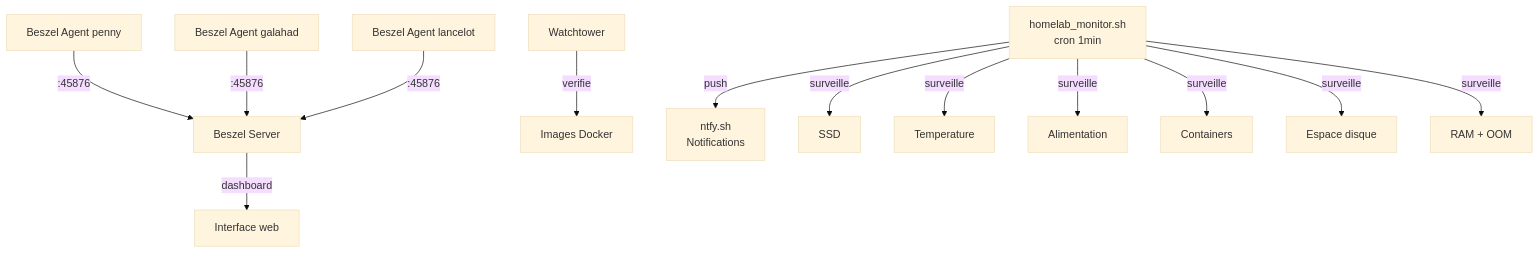
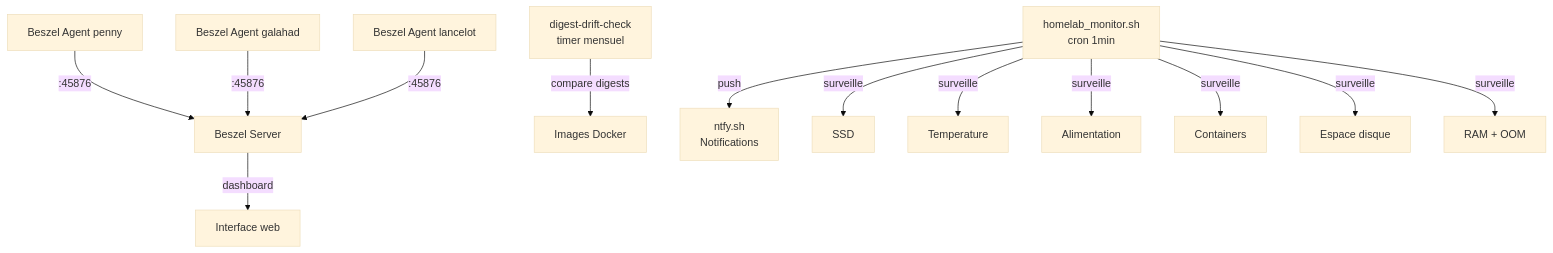
One commit to GabinSMD/homelab-doc changed the diagram in docs/operations/monitoring.md. Above: the diagram before and after it, drawn with Mermaid (base theme). The commit also changed other lines of this file and 13 other files, not shown here.

````diff
--- a/docs/operations/monitoring.md
+++ b/docs/operations/monitoring.md
@@ -5,17 +5,17 @@
 ```mermaid
 graph TD
     Script[homelab_monitor.sh<br/>cron 1min] -->|push| Ntfy[ntfy.sh<br/>Notifications]
     Beszel[Beszel Server] -->|dashboard| Web[Interface web]
-    WT[Watchtower] -->|verifie| Docker[Images Docker]
+    DD[digest-drift-check<br/>timer mensuel] -->|compare digests| Docker[Images Docker]
     
     Script -->|surveille| SSD[SSD]
     Script -->|surveille| Temp[Temperature]
     Script -->|surveille| Power[Alimentation]
     Script -->|surveille| Containers[Containers]
     Script -->|surveille| Disk[Espace disque]
     Script -->|surveille| RAM[RAM + OOM]
 
     Agent1[Beszel Agent penny] -->|:45876| Beszel
     Agent2[Beszel Agent galahad] -->|:45876| Beszel
     Agent3[Beszel Agent lancelot] -->|:45876| Beszel
 ```
````
